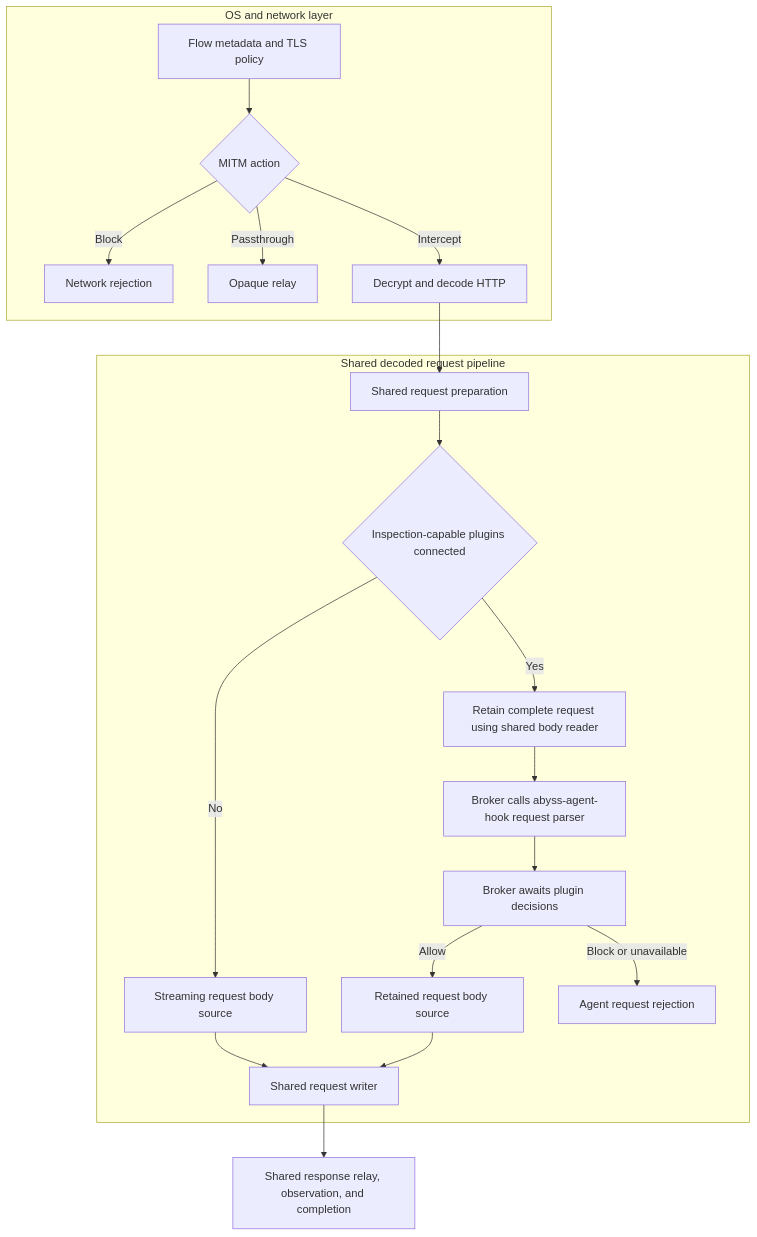
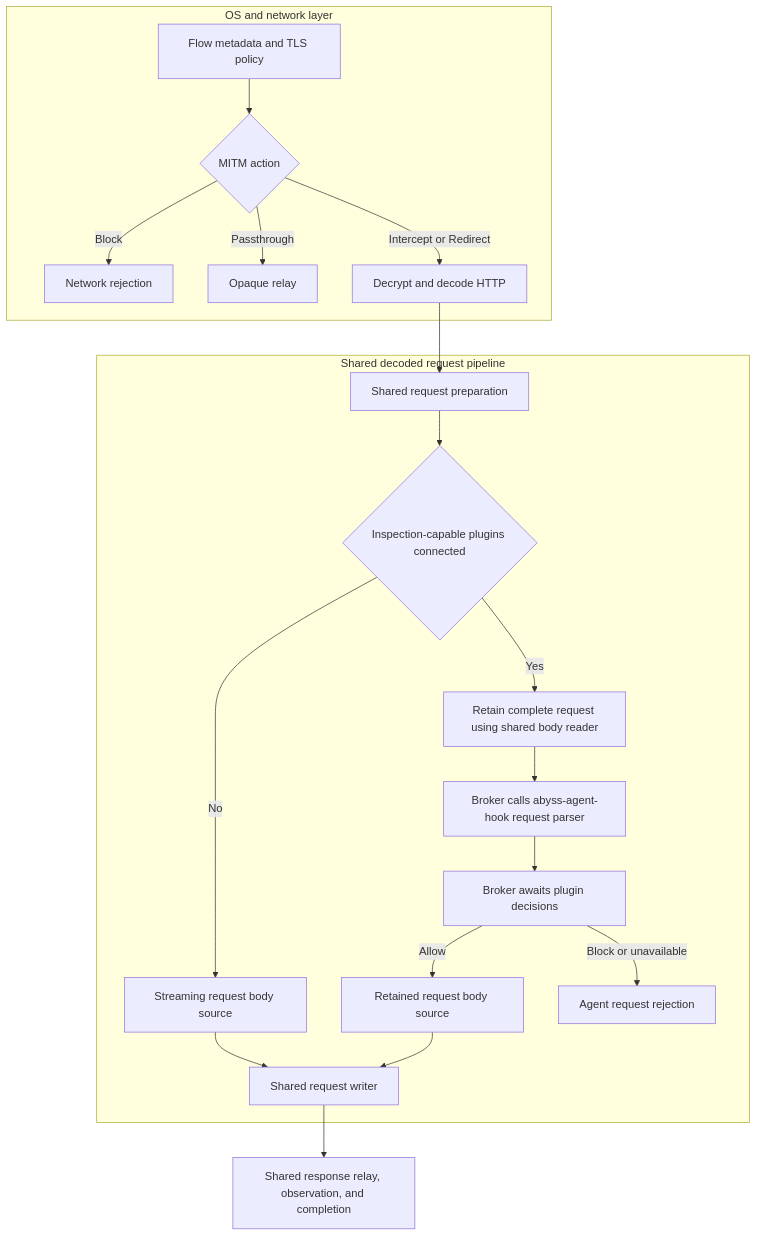
One commit to lexmount/abyss-rs changed the second of 4 diagrams in docs/request-blocking-design.md. Above: the diagram before and after it, drawn with Mermaid. The commit also changed other lines of this file and 42 other files, not shown here.

````diff
--- a/docs/request-blocking-design.md
+++ b/docs/request-blocking-design.md
@@ -299,22 +299,22 @@
 ```mermaid
 flowchart TD
     subgraph N[OS and network layer]
         A[Flow metadata and TLS policy] --> B{MITM action}
         B -->|Block| X[Network rejection]
         B -->|Passthrough| P[Opaque relay]
-        B -->|Intercept| C[Decrypt and decode HTTP]
+        B -->|Intercept or Redirect| C[Decrypt and decode HTTP]
     end
     subgraph R[Shared decoded request pipeline]
         C --> Q[Shared request preparation]
         Q --> D{Inspection-capable plugins connected}
         D -->|No| E[Streaming request body source]
         D -->|Yes| F[Retain complete request using shared body reader]
         F --> G[Broker calls abyss-agent-hook request parser]
         G --> H[Broker awaits plugin decisions]
         H -->|Allow| I[Retained request body source]
         H -->|Block or unavailable| Y[Agent request rejection]
         E --> W[Shared request writer]
         I --> W
     end
     W --> J[Shared response relay, observation, and completion]
 ```
````
